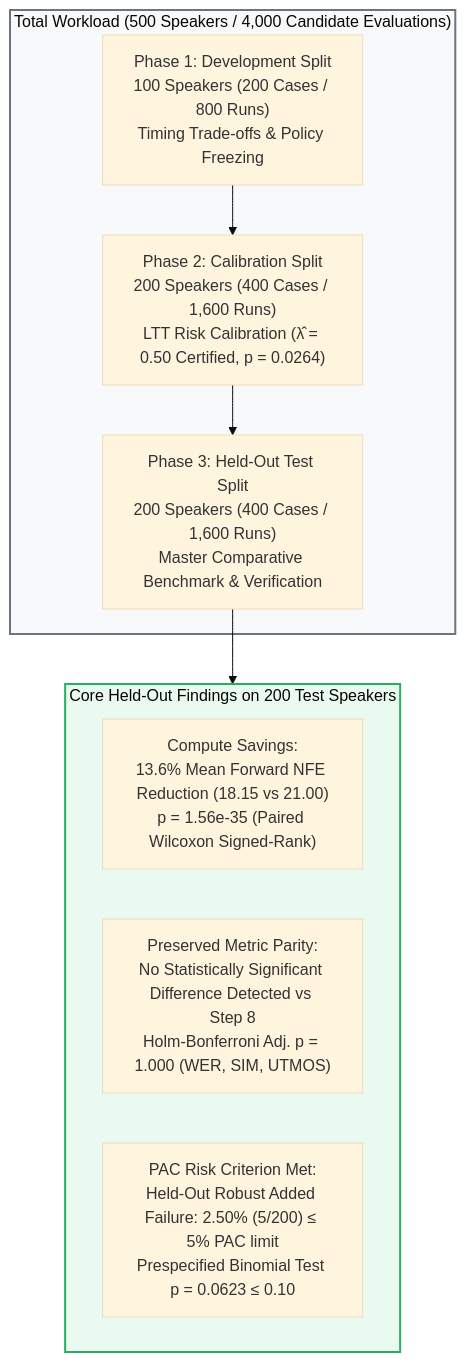
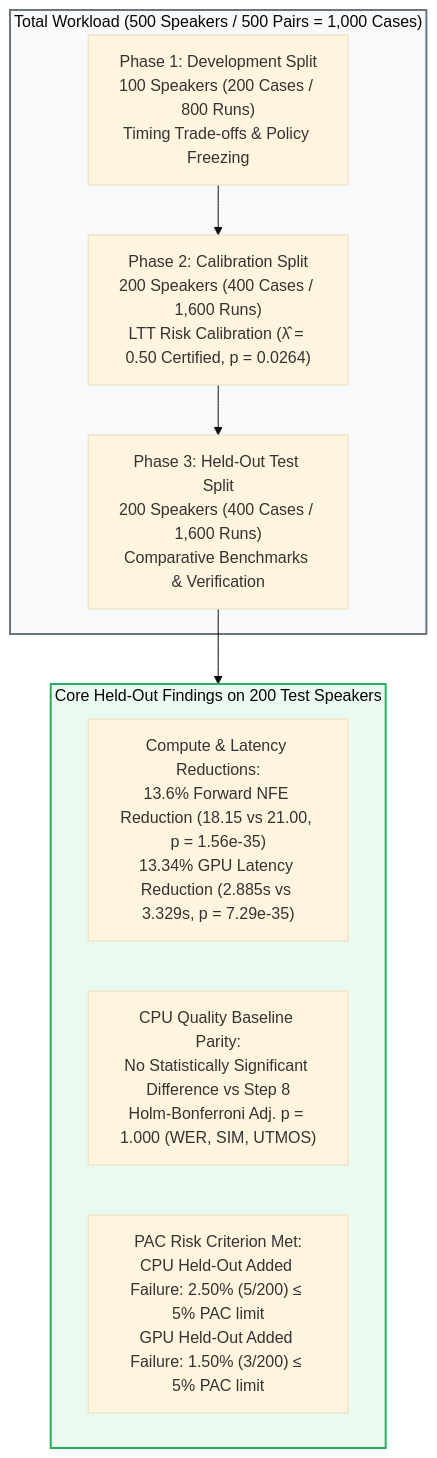
The diagram in Handover Scheduling/reports/CHAPTER3_MASTER_RESEARCH_REPORT.md (Shonget-Thesis/Shonget-DMOSpeech2), drawn with Mermaid (base theme) before and after one commit. The commit also changed other lines of this file and 9 other files, not shown here.

````diff
--- a/Handover Scheduling/reports/CHAPTER3_MASTER_RESEARCH_REPORT.md
+++ b/Handover Scheduling/reports/CHAPTER3_MASTER_RESEARCH_REPORT.md
@@ -26,18 +36,18 @@
 ```mermaid
 flowchart TD
-    subgraph S1 ["Total Workload (500 Speakers / 4,000 Candidate Evaluations)"]
+    subgraph S1 ["Total Workload (500 Speakers / 500 Pairs = 1,000 Cases)"]
         D1["Phase 1: Development Split<br/>100 Speakers (200 Cases / 800 Runs)<br/>Timing Trade-offs & Policy Freezing"]
         D2["Phase 2: Calibration Split<br/>200 Speakers (400 Cases / 1,600 Runs)<br/>LTT Risk Calibration (λ̂ = 0.50 Certified, p = 0.0264)"]
-        D3["Phase 3: Held-Out Test Split<br/>200 Speakers (400 Cases / 1,600 Runs)<br/>Master Comparative Benchmark & Verification"]
+        D3["Phase 3: Held-Out Test Split<br/>200 Speakers (400 Cases / 1,600 Runs)<br/>Comparative Benchmarks & Verification"]
     end
 
     subgraph S2 ["Core Held-Out Findings on 200 Test Speakers"]
-        R1["Compute Savings:<br/>13.6% Mean Forward NFE Reduction (18.15 vs 21.00)<br/>p = 1.56e-35 (Paired Wilcoxon Signed-Rank)"]
-        R2["Preserved Metric Parity:<br/>No Statistically Significant Difference Detected vs Step 8<br/>Holm-Bonferroni Adj. p = 1.000 (WER, SIM, UTMOS)"]
-        R3["PAC Risk Criterion Met:<br/>Held-Out Robust Added Failure: 2.50% (5/200) ≤ 5% PAC limit<br/>Prespecified Binomial Test p = 0.0623 ≤ 0.10"]
+        R1["Compute & Latency Reductions:<br/>13.6% Forward NFE Reduction (18.15 vs 21.00, p = 1.56e-35)<br/>13.34% GPU Latency Reduction (2.885s vs 3.329s, p = 7.29e-35)"]
+        R2["CPU Quality Baseline Parity:<br/>No Statistically Significant Difference vs Step 8<br/>Holm-Bonferroni Adj. p = 1.000 (WER, SIM, UTMOS)"]
+        R3["PAC Risk Criterion Met:<br/>CPU Held-Out Added Failure: 2.50% (5/200) ≤ 5% PAC limit<br/>GPU Held-Out Added Failure: 1.50% (3/200) ≤ 5% PAC limit"]
     end
 
     D1 --> D2 --> D3 --> S2
     style S1 fill:#f8f9fa,stroke:#6c757d,stroke-width:2px
     style S2 fill:#eafaf1,stroke:#27ae60,stroke-width:2px
 ```
````
